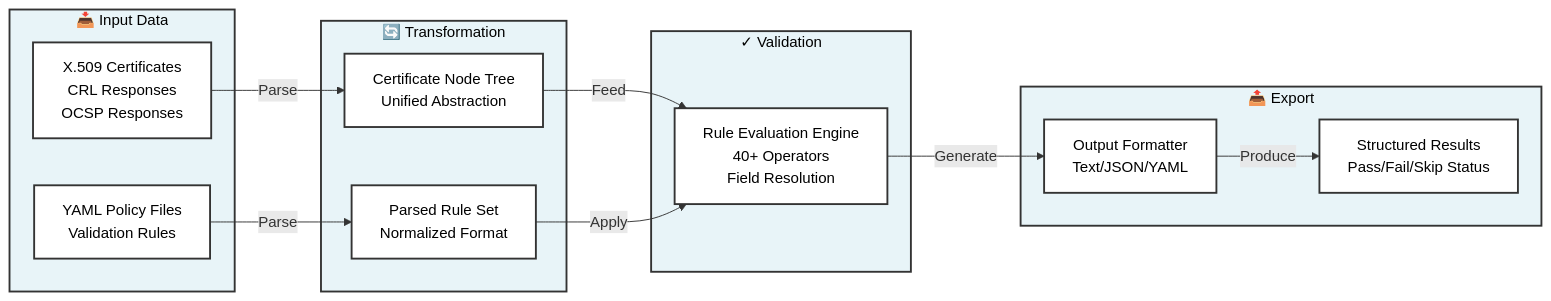
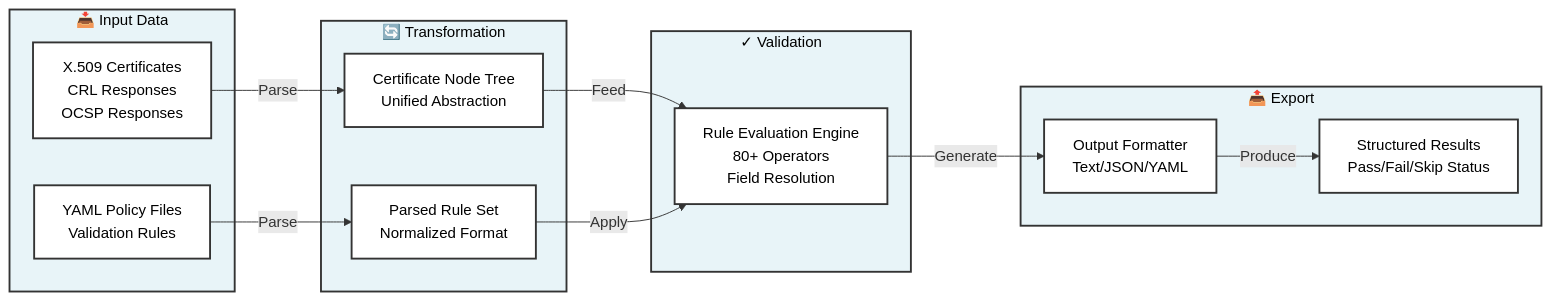
The diagram in architecture.md (cavoq/PCL), drawn with Mermaid before and after one commit. The commit also changed other lines of this file and 1 other file, not shown here.

First line of the commit message:
docs: bring README and architecture in line with the code

````diff
--- a/architecture.md
+++ b/architecture.md
@@ -11,40 +11,40 @@
 ```mermaid
 graph LR
     subgraph Input["📥 Input Data"]
         Certs["X.509 Certificates<br/>CRL Responses<br/>OCSP Responses"]
         Policies["YAML Policy Files<br/>Validation Rules"]
     end
     
     subgraph Transform["🔄 Transformation"]
         NodeTree["Certificate Node Tree<br/>Unified Abstraction"]
         RuleSet["Parsed Rule Set<br/>Normalized Format"]
     end
     
     subgraph Validate["✓ Validation"]
-        Engine["Rule Evaluation Engine<br/>40+ Operators<br/>Field Resolution"]
+        Engine["Rule Evaluation Engine<br/>80+ Operators<br/>Field Resolution"]
     end
     
     subgraph Export["📤 Export"]
         Formatter["Output Formatter<br/>Text/JSON/YAML"]
         Results["Structured Results<br/>Pass/Fail/Skip Status"]
     end
     
     Certs -->|Parse| NodeTree
     Policies -->|Parse| RuleSet
     NodeTree -->|Feed| Engine
     RuleSet -->|Apply| Engine
     Engine -->|Generate| Formatter
     Formatter -->|Produce| Results
     
     style Input fill:#e8f4f8,stroke:#333,stroke-width:2px,color:#000
     style Transform fill:#e8f4f8,stroke:#333,stroke-width:2px,color:#000
     style Validate fill:#e8f4f8,stroke:#333,stroke-width:2px,color:#000
     style Export fill:#e8f4f8,stroke:#333,stroke-width:2px,color:#000
     style Certs fill:#ffffff,stroke:#333,stroke-width:2px,color:#000
     style Policies fill:#ffffff,stroke:#333,stroke-width:2px,color:#000
     style NodeTree fill:#ffffff,stroke:#333,stroke-width:2px,color:#000
     style RuleSet fill:#ffffff,stroke:#333,stroke-width:2px,color:#000
     style Engine fill:#ffffff,stroke:#333,stroke-width:2px,color:#000
     style Formatter fill:#ffffff,stroke:#333,stroke-width:2px,color:#000
     style Results fill:#ffffff,stroke:#333,stroke-width:2px,color:#000
 ```
````
